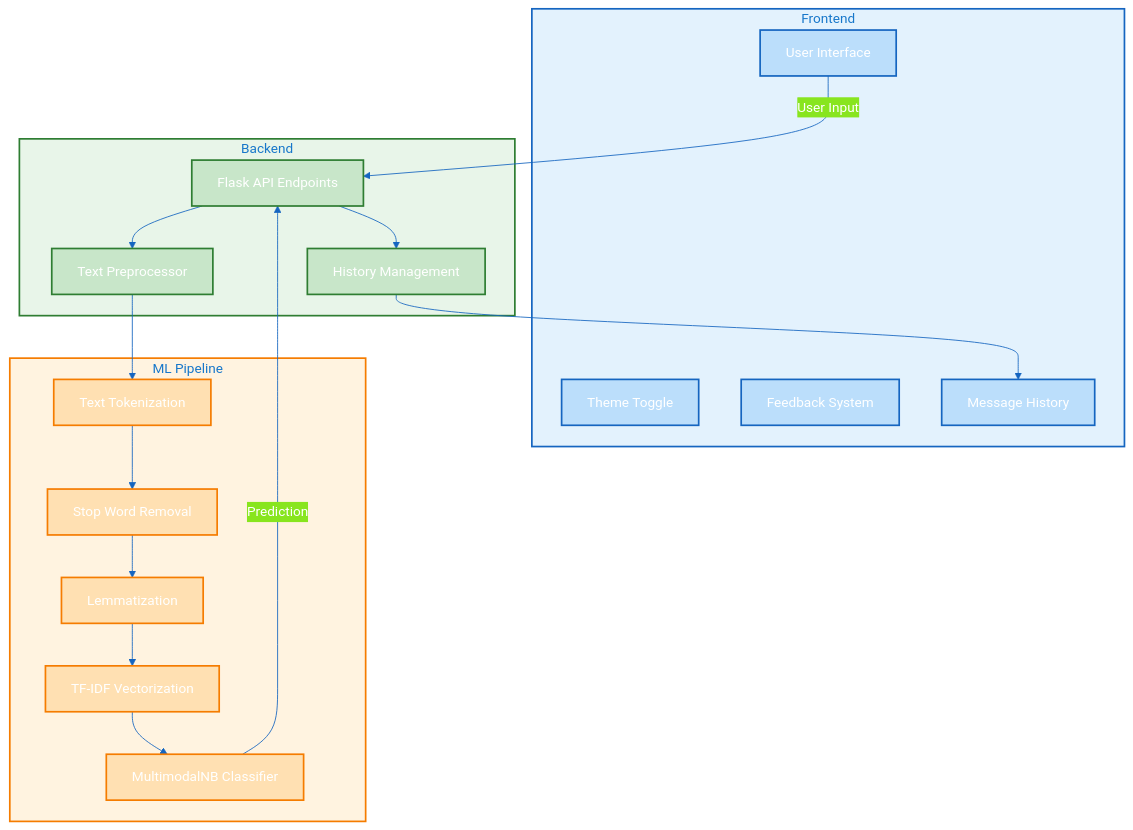
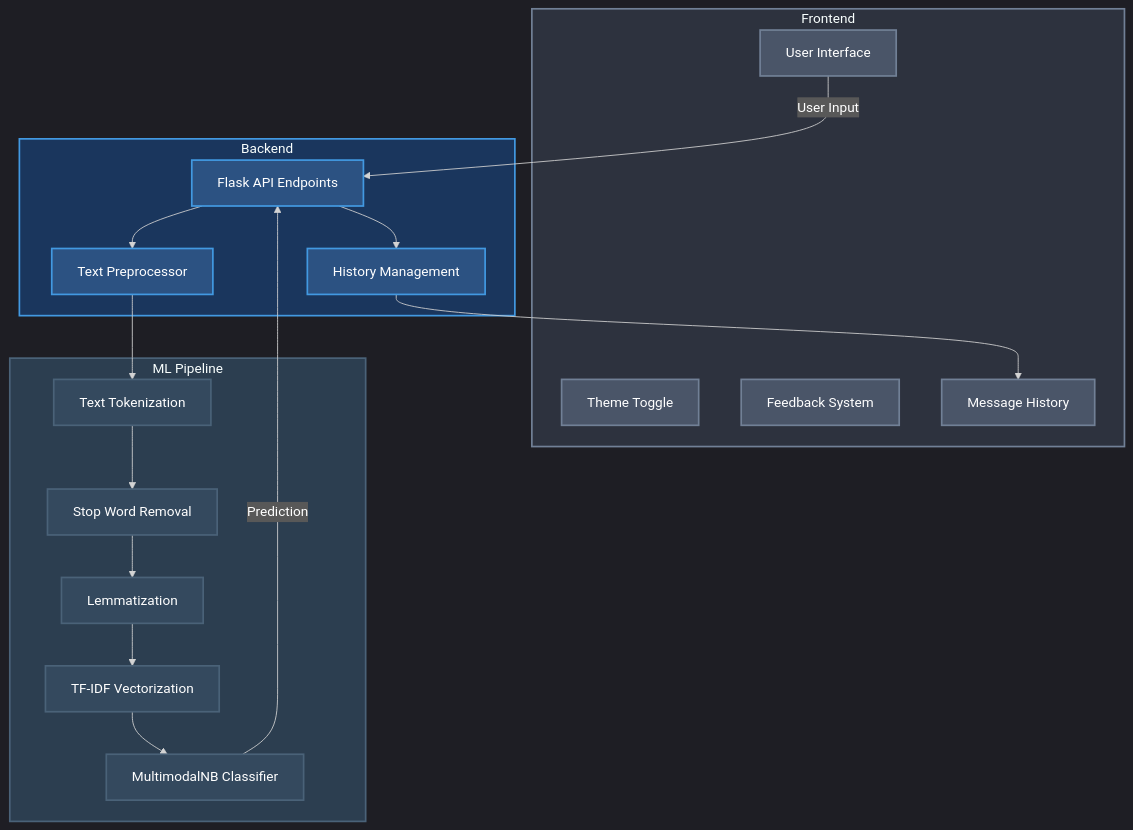
Before and after one commit to ogshivam/spambae: the first of 3 diagrams in README.md, drawn with Mermaid. The commit also changed other lines of this file, not shown here.

Commit message:
style: update Mermaid diagrams with dark theme
- Applied consistent dark theme colors
- Frontend: #2D323E with #4A5568 components
- Backend: #2C3E50 with #34495E components
- ML Pipeline: #1A365D with #2C5282 components
- Added white text for better contrast

````diff
--- a/README.md
+++ b/README.md
@@ -72,50 +72,50 @@
 ```mermaid
-%%{init: {'theme': 'base', 'themeVariables': { 'fontFamily': 'Courier New', 'fontSize': '16px', 'fontWeight': 'bold', 'primaryColor': '#1e88e5', 'primaryTextColor': '#ffffff', 'primaryBorderColor': '#1565c0', 'lineColor': '#1565c0', 'textColor': '#212121'}}}%%
+%%{init: {'theme': 'dark', 'themeVariables': { 'fontFamily': 'Courier New', 'fontSize': '16px', 'fontWeight': 'bold', 'textColor': '#fff'}}}%%
 graph TB
     subgraph Frontend[Frontend]
-        style Frontend fill:#e3f2fd,stroke:#1565c0,stroke-width:2px
+        style Frontend fill:#2D323E,stroke:#718096,stroke-width:2px
         UI[User Interface]
         ThemeToggle[Theme Toggle]
         Feedback[Feedback System]
         History[Message History]
-        style UI fill:#bbdefb,stroke:#1565c0,stroke-width:2px
-        style ThemeToggle fill:#bbdefb,stroke:#1565c0,stroke-width:2px
-        style Feedback fill:#bbdefb,stroke:#1565c0,stroke-width:2px
-        style History fill:#bbdefb,stroke:#1565c0,stroke-width:2px
+        style UI fill:#4A5568,stroke:#718096,stroke-width:2px,color:#fff
+        style ThemeToggle fill:#4A5568,stroke:#718096,stroke-width:2px,color:#fff
+        style Feedback fill:#4A5568,stroke:#718096,stroke-width:2px,color:#fff
+        style History fill:#4A5568,stroke:#718096,stroke-width:2px,color:#fff
     end
 
     subgraph Backend[Backend]
-        style Backend fill:#e8f5e9,stroke:#2e7d32,stroke-width:2px
+        style Backend fill:#1A365D,stroke:#4299E1,stroke-width:2px
         API[Flask API Endpoints]
         Preprocessor[Text Preprocessor]
         HistoryManager[History Management]
-        style API fill:#c8e6c9,stroke:#2e7d32,stroke-width:2px
-        style Preprocessor fill:#c8e6c9,stroke:#2e7d32,stroke-width:2px
-        style HistoryManager fill:#c8e6c9,stroke:#2e7d32,stroke-width:2px
+        style API fill:#2C5282,stroke:#4299E1,stroke-width:2px,color:#fff
+        style Preprocessor fill:#2C5282,stroke:#4299E1,stroke-width:2px,color:#fff
+        style HistoryManager fill:#2C5282,stroke:#4299E1,stroke-width:2px,color:#fff
     end
 
     subgraph MLPipeline[ML Pipeline]
-        style MLPipeline fill:#fff3e0,stroke:#f57c00,stroke-width:2px
+        style MLPipeline fill:#2C3E50,stroke:#4A6278,stroke-width:2px
         Tokenization[Text Tokenization]
         StopWordRemoval[Stop Word Removal]
         Lemmatization[Lemmatization]
         Vectorization[TF-IDF Vectorization]
         Classifier[MultimodalNB Classifier]
-        style Tokenization fill:#ffe0b2,stroke:#f57c00,stroke-width:2px
-        style StopWordRemoval fill:#ffe0b2,stroke:#f57c00,stroke-width:2px
-        style Lemmatization fill:#ffe0b2,stroke:#f57c00,stroke-width:2px
-        style Vectorization fill:#ffe0b2,stroke:#f57c00,stroke-width:2px
-        style Classifier fill:#ffe0b2,stroke:#f57c00,stroke-width:2px
+        style Tokenization fill:#34495E,stroke:#4A6278,stroke-width:2px,color:#fff
+        style StopWordRemoval fill:#34495E,stroke:#4A6278,stroke-width:2px,color:#fff
+        style Lemmatization fill:#34495E,stroke:#4A6278,stroke-width:2px,color:#fff
+        style Vectorization fill:#34495E,stroke:#4A6278,stroke-width:2px,color:#fff
+        style Classifier fill:#34495E,stroke:#4A6278,stroke-width:2px,color:#fff
     end
 
     UI --> |User Input| API
     API --> Preprocessor
     Preprocessor --> Tokenization
     Tokenization --> StopWordRemoval
     StopWordRemoval --> Lemmatization
     Lemmatization --> Vectorization
     Vectorization --> Classifier
     Classifier --> |Prediction| API
     API --> HistoryManager
     HistoryManager --> History
 ```
````
